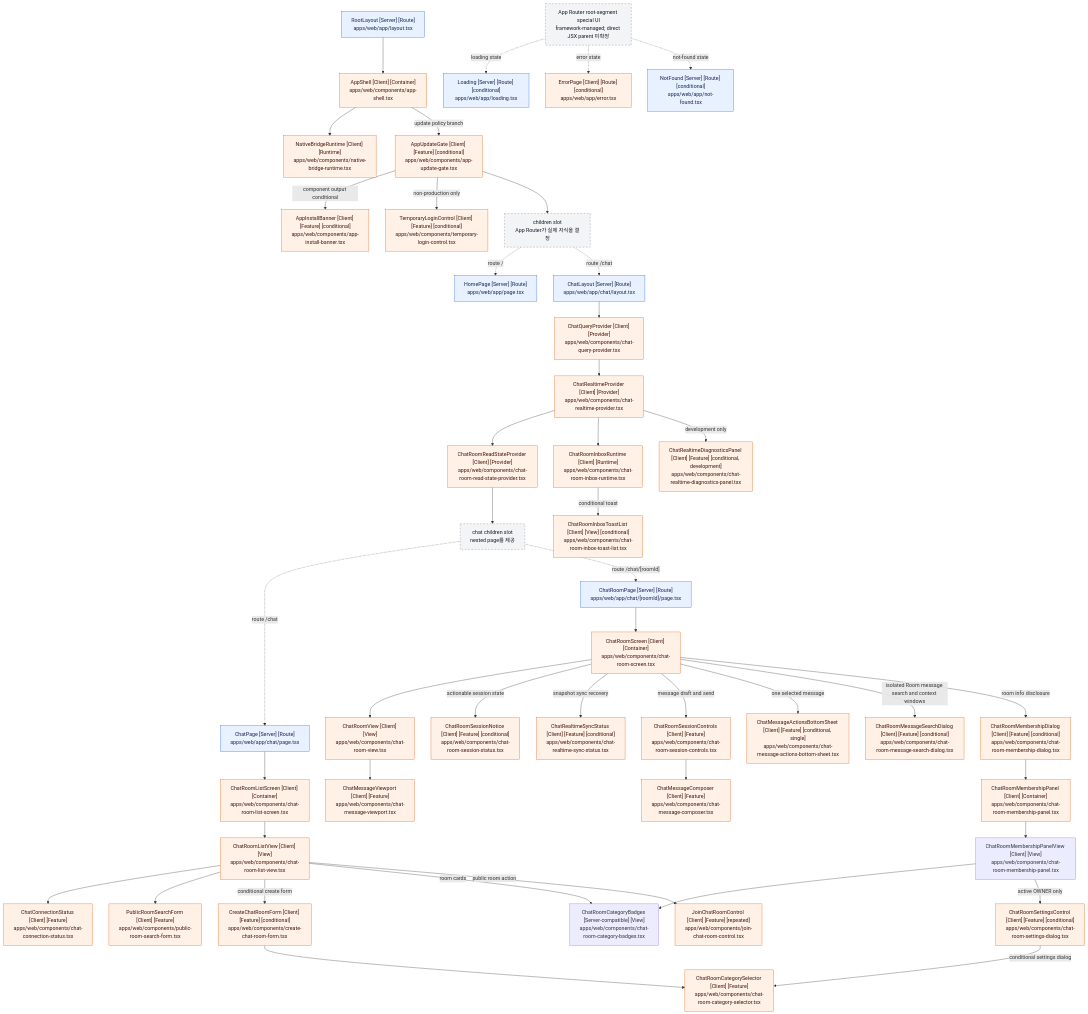
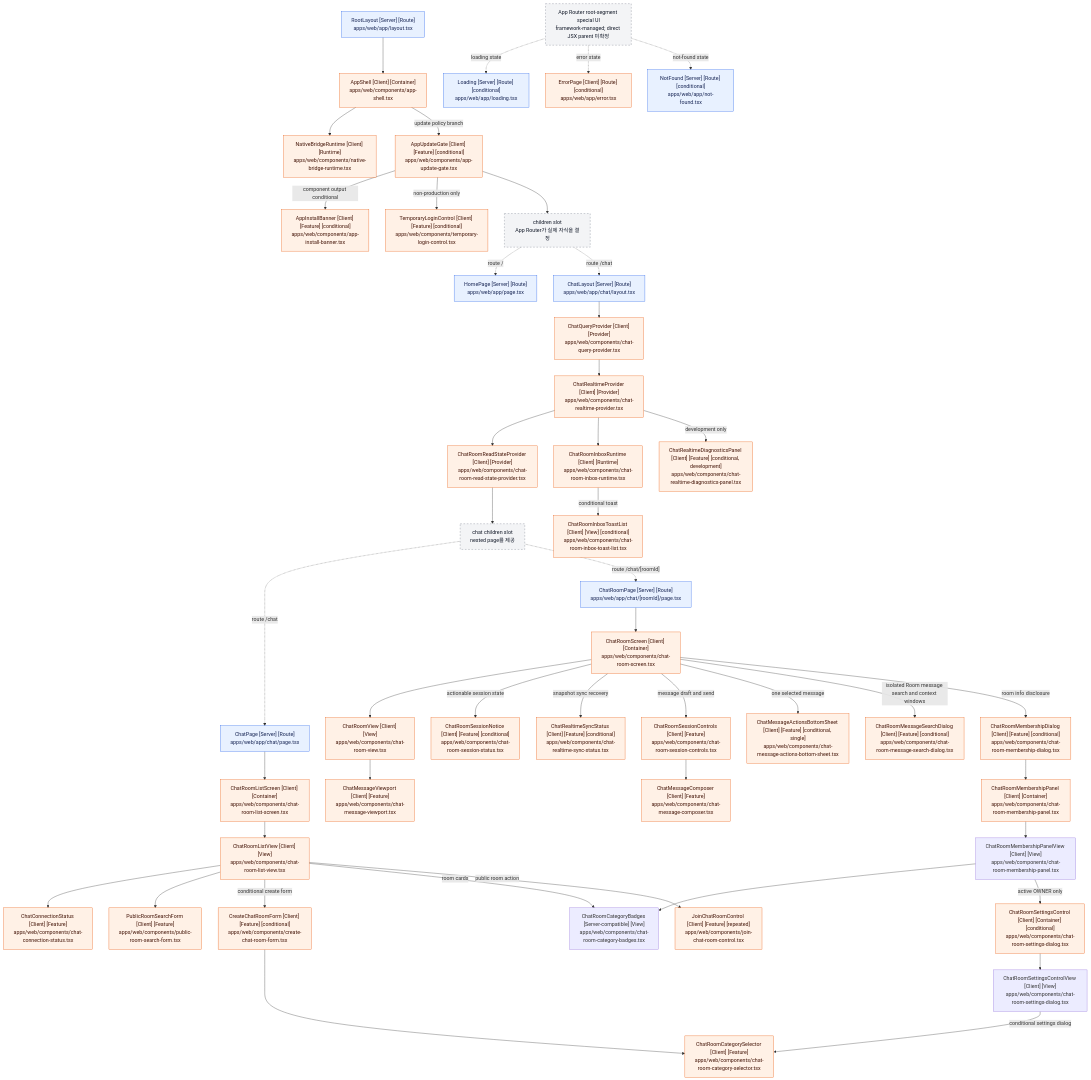
One commit to mokpombc17-coder/CIVIC-AI changed the diagram in docs/architecture/react-component-tree.md. Above: the diagram before and after it, drawn with Mermaid. The commit also changed other lines of this file and 3 other files, not shown here.

Commit message:
refactor(web): separate Room settings controller

```diff
--- a/docs/architecture/react-component-tree.md
+++ b/docs/architecture/react-component-tree.md
@@ -240,7 +243,8 @@
     ChatRoomMembershipDialog["ChatRoomMembershipDialog [Client] [Feature] [conditional]<br/>apps/web/components/chat-room-membership-dialog.tsx"]
     ChatRoomMembershipPanel["ChatRoomMembershipPanel [Client] [Container]<br/>apps/web/components/chat-room-membership-panel.tsx"]
     ChatRoomMembershipPanelView["ChatRoomMembershipPanelView [Client] [View]<br/>apps/web/components/chat-room-membership-panel.tsx"]
-    ChatRoomSettingsControl["ChatRoomSettingsControl [Client] [Feature] [conditional]<br/>apps/web/components/chat-room-settings-dialog.tsx"]
+    ChatRoomSettingsControl["ChatRoomSettingsControl [Client] [Container] [conditional]<br/>apps/web/components/chat-room-settings-dialog.tsx"]
+    ChatRoomSettingsControlView["ChatRoomSettingsControlView [Client] [View]<br/>apps/web/components/chat-room-settings-dialog.tsx"]
     ChatRealtimeSyncStatus["ChatRealtimeSyncStatus [Client] [Feature] [conditional]<br/>apps/web/components/chat-realtime-sync-status.tsx"]
     ChatRoomSessionControls["ChatRoomSessionControls [Client] [Feature]<br/>apps/web/components/chat-room-session-controls.tsx"]
     ChatRoomSessionNotice["ChatRoomSessionNotice [Client] [Feature] [conditional]<br/>apps/web/components/chat-room-session-status.tsx"]
@@ -292,7 +296,8 @@
     ChatRoomMembershipPanel --> ChatRoomMembershipPanelView
     ChatRoomMembershipPanelView --> ChatRoomCategoryBadges
     ChatRoomMembershipPanelView -->|"active OWNER only"| ChatRoomSettingsControl
-    ChatRoomSettingsControl -->|"conditional settings dialog"| ChatRoomCategorySelector
+    ChatRoomSettingsControl --> ChatRoomSettingsControlView
+    ChatRoomSettingsControlView -->|"conditional settings dialog"| ChatRoomCategorySelector
 
     SpecialBoundary -. "loading state" .-> Loading
     SpecialBoundary -. "error state" .-> ErrorPage
```
